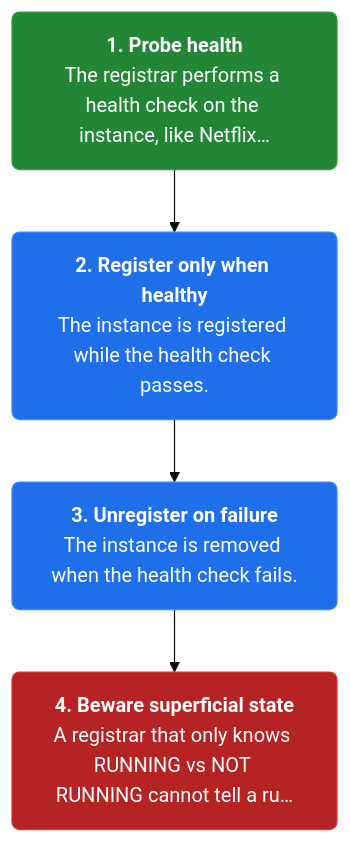
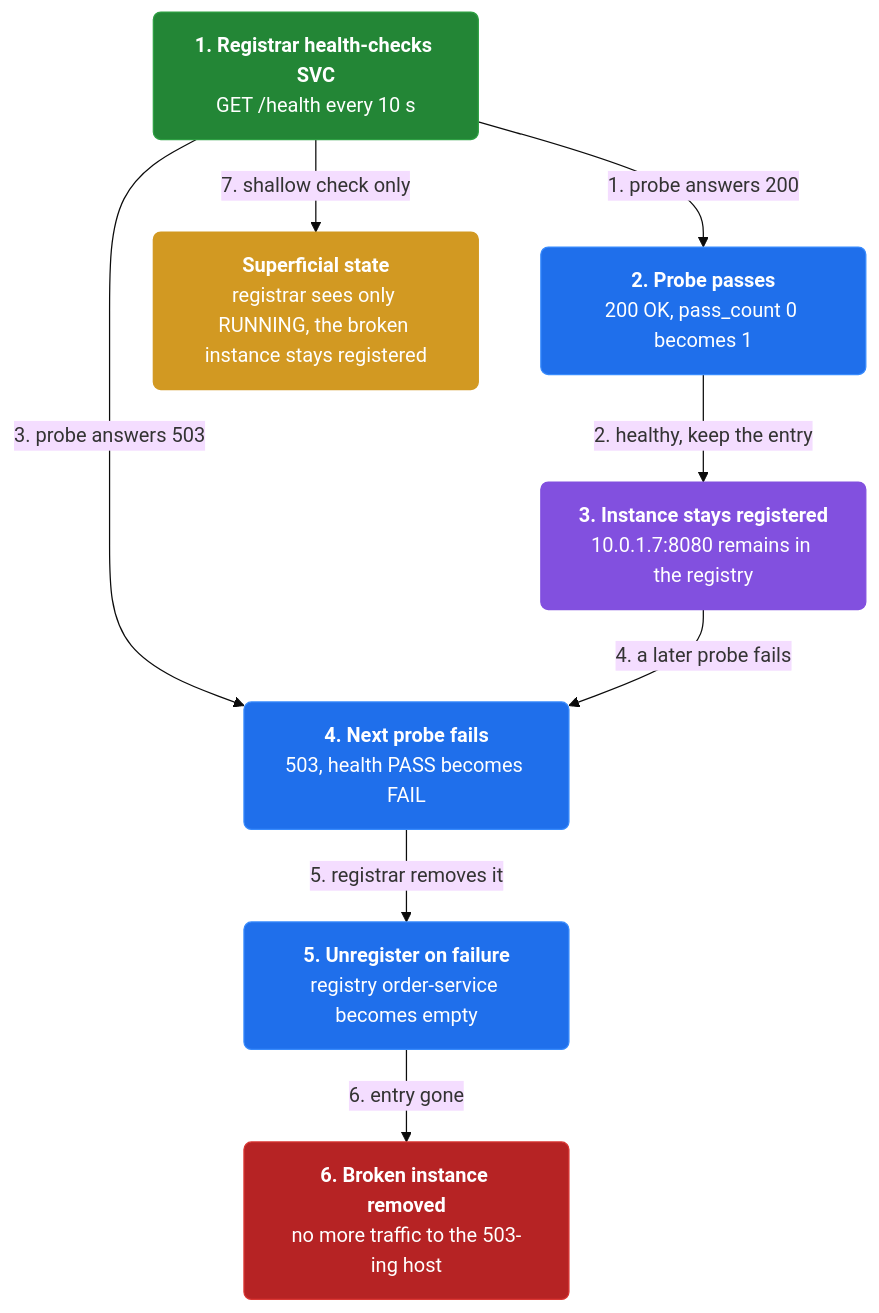
One commit to vinayakuber/microservices-io-study-guide changed the third of 3 diagrams in docs/ch08-third-party-registration.md. Above: the diagram before and after it, drawn with Mermaid (base theme). The commit also changed other lines of this file and 46 other files, not shown here.

First line of the commit message:
Author rich branching flow diagrams for all 44 chapters

````diff
--- a/docs/ch08-third-party-registration.md
+++ b/docs/ch08-third-party-registration.md
@@ -100,13 +120,22 @@
 ```mermaid
 flowchart TD
-  classDef step fill:#1f6feb,color:#ffffff,stroke:#388bfd,stroke-width:1px,rx:6
+  classDef step fill:#1f6feb,color:#ffffff,stroke:#388bfd,rx:6
+  classDef core fill:#8250df,color:#ffffff,stroke:#8250df,rx:6
+  classDef warn fill:#d29922,color:#ffffff,stroke:#d29922,rx:6
   classDef start fill:#238636,color:#ffffff,stroke:#2ea043,rx:6
   classDef stop fill:#b62324,color:#ffffff,stroke:#da3633,rx:6
-  s2n0["<b>1. Probe health</b><br/>The registrar performs a health check on the instance, like Netflix…"]:::start
-  s2n1["<b>2. Register only when healthy</b><br/>The instance is registered while the health check passes."]:::step
-  s2n2["<b>3. Unregister on failure</b><br/>The instance is removed when the health check fails."]:::step
-  s2n3["<b>4. Beware superficial state</b><br/>A registrar that only knows RUNNING vs NOT RUNNING cannot tell a ru…"]:::stop
-  s2n0 --> s2n1
-  s2n1 --> s2n2
-  s2n2 --> s2n3
+  n0["<b>1. Registrar health-checks SVC</b><br/>GET /health every 10 s"]:::start
+  n1["<b>2. Probe passes</b><br/>200 OK, pass_count 0 becomes 1"]:::step
+  n2["<b>3. Instance stays registered</b><br/>10.0.1.7:8080 remains in the registry"]:::core
+  n3["<b>4. Next probe fails</b><br/>503, health PASS becomes FAIL"]:::step
+  n4["<b>5. Unregister on failure</b><br/>registry order-service becomes empty"]:::step
+  n5["<b>6. Broken instance removed</b><br/>no more traffic to the 503-ing host"]:::stop
+  n6["<b>Superficial state</b><br/>registrar sees only RUNNING, the broken instance stays registered"]:::warn
+  n0 -->|"1. probe answers 200"| n1
+  n1 -->|"2. healthy, keep the entry"| n2
+  n0 -->|"3. probe answers 503"| n3
+  n2 -->|"4. a later probe fails"| n3
+  n3 -->|"5. registrar removes it"| n4
+  n4 -->|"6. entry gone"| n5
+  n0 -->|"7. shallow check only"| n6
 ```
````
